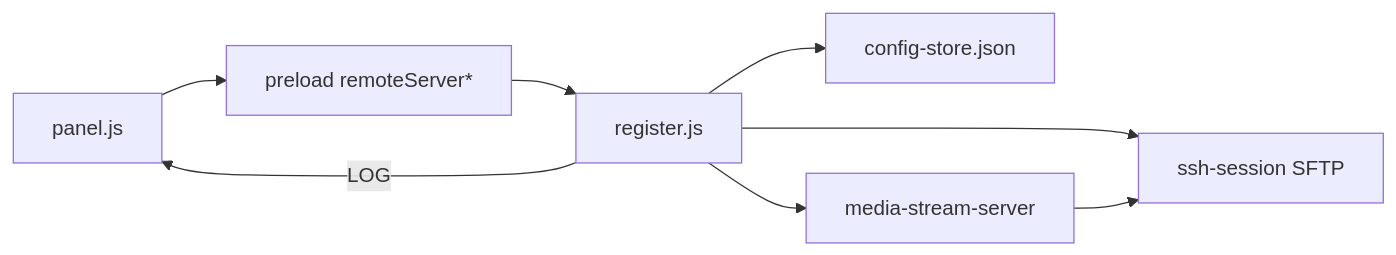
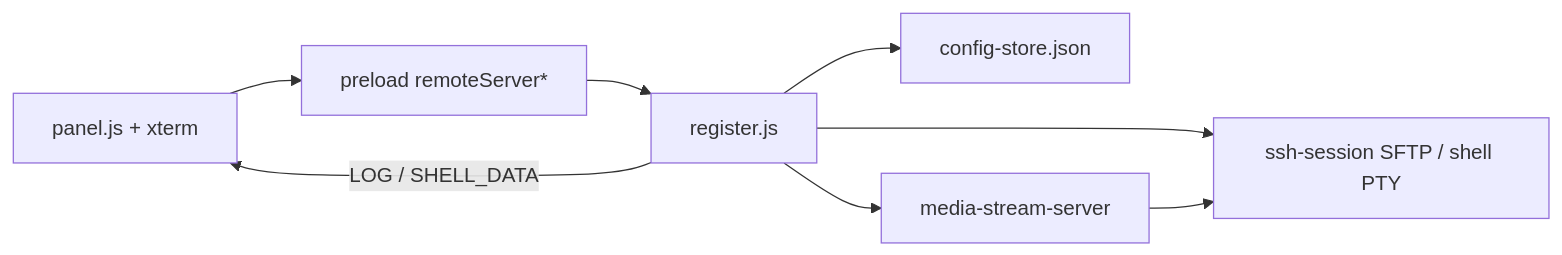
One commit to SCSHICHUAN/Pecado changed the diagram in src/remoteServer/README.md. Above: the diagram before and after it, drawn with Mermaid. The commit also changed other lines of this file and 18 other files, not shown here.

First line of the commit message:
完善 RemoteServer：交互 Shell（xterm+PTY）、草稿保存与文档。

````diff
--- a/src/remoteServer/README.md
+++ b/src/remoteServer/README.md
@@ -133,10 +148,10 @@
 ```mermaid
 flowchart LR
-  UI[panel.js] --> Preload[preload remoteServer*]
+  UI[panel.js + xterm] --> Preload[preload remoteServer*]
   Preload --> IPC[register.js]
-  IPC --> SSH[ssh-session SFTP]
+  IPC --> SSH[ssh-session SFTP / shell PTY]
   IPC --> Store[config-store.json]
   IPC --> Stream[media-stream-server]
   Stream --> SSH
-  IPC -->|LOG| UI
+  IPC -->|LOG / SHELL_DATA| UI
 ```
````
